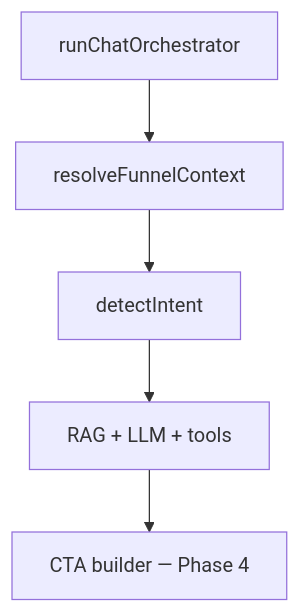
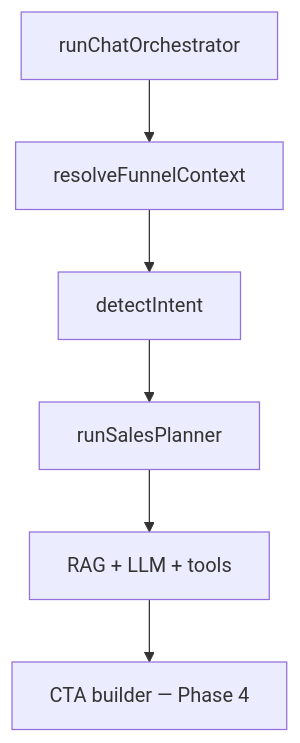
Before and after one commit to manikya/chat-bot: the diagram in docs/implementation/07-chat-quality-roadmap.md, drawn with Mermaid. The commit also changed other lines of this file and 2 other files, not shown here.

Commit message:
Document sales planner architecture

````diff
--- a/docs/implementation/07-chat-quality-roadmap.md
+++ b/docs/implementation/07-chat-quality-roadmap.md
@@ -22,9 +23,10 @@
 ```mermaid
 flowchart TB
   ORCH[runChatOrchestrator]
   F[resolveFunnelContext]
   I[detectIntent]
+  P[runSalesPlanner]
   R[RAG + LLM + tools]
   C[CTA builder — Phase 4]
-  ORCH --> F --> I --> R --> C
+  ORCH --> F --> I --> P --> R --> C
 ```
````
